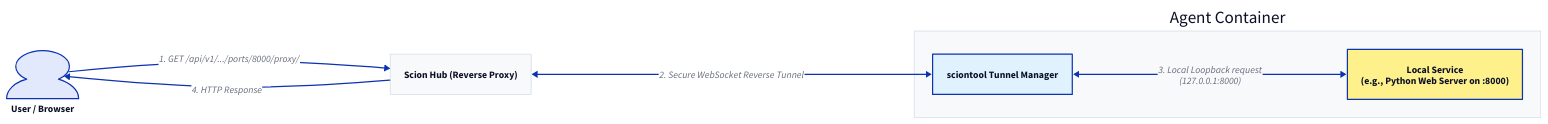
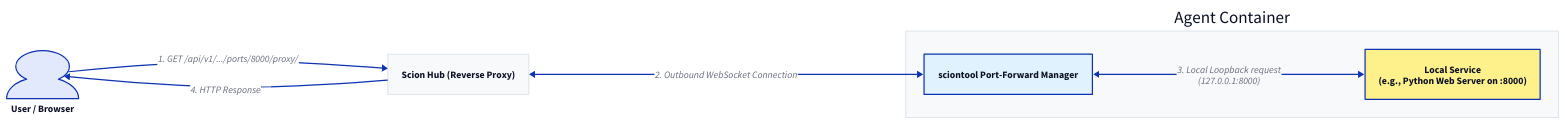
One commit to GoogleCloudPlatform/scion changed the diagram in docs-site/src/content/docs/hosted/user/port-forwarding.md. Above: the diagram before and after it, drawn with D2. The commit also changed other lines of this file and 8 other files, not shown here.

````diff
--- a/docs-site/src/content/docs/hosted/user/port-forwarding.md
+++ b/docs-site/src/content/docs/hosted/user/port-forwarding.md
@@ -34,35 +34,35 @@
 ```d2
 direction: right
 classes: {
   box: {
     style: {
       fill: "#f8f9fa"
       stroke: "#cbd5e1"
       stroke-width: 1
     }
   }
 }
 
 user: "User / Browser" {
   shape: person
 }
 
 hub: "Scion Hub (Reverse Proxy)" {
   class: box
 }
 
 agent: "Agent Container" {
   class: box
-  sciontool: "sciontool Tunnel Manager" {
+  sciontool: "sciontool Port-Forward Manager" {
     style.fill: "#e0f2fe"
   }
   service: "Local Service\n(e.g., Python Web Server on :8000)" {
     style.fill: "#fef08a"
   }
 }
 
 user -> hub: "1. GET /api/v1/.../ports/8000/proxy/"
-hub <-> agent.sciontool: "2. Secure WebSocket Reverse Tunnel"
+hub <-> agent.sciontool: "2. Outbound WebSocket Connection"
 agent.sciontool <-> agent.service: "3. Local Loopback request\n(127.0.0.1:8000)"
 hub -> user: "4. HTTP Response"
 ```
````
